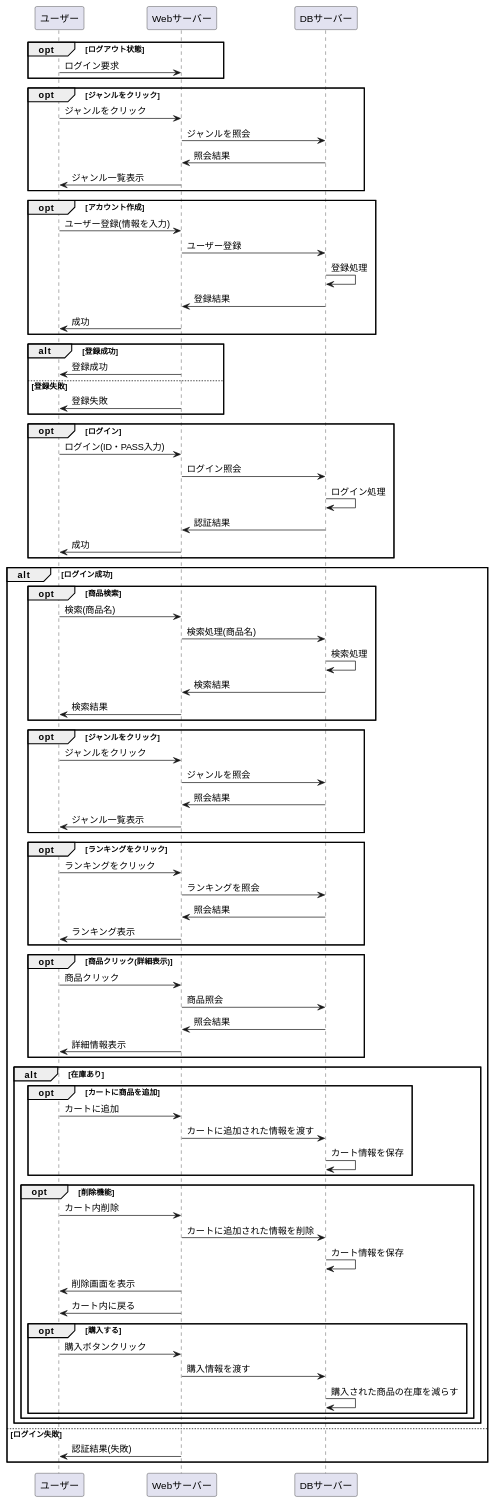
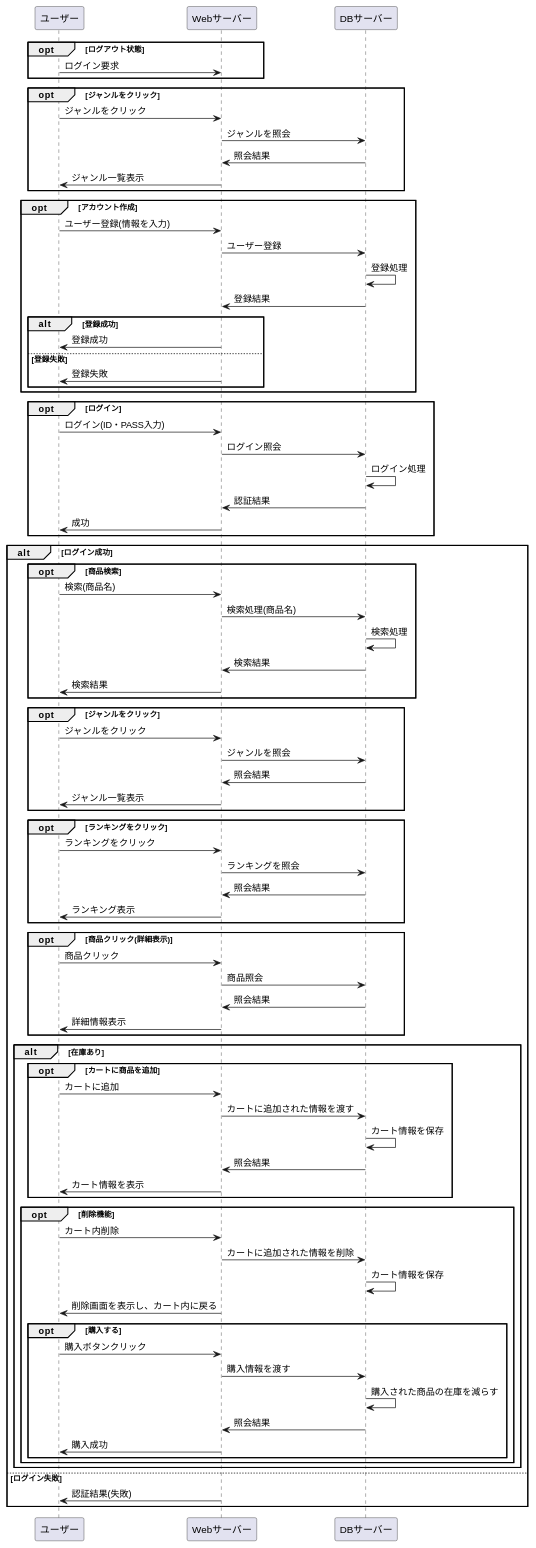
Before and after one commit to Aso2001154/2021sys-design: the diagram in stationary/業務フロー/flow_diagram.md, drawn with PlantUML. The commit also changed other lines of this file, not shown here.

````diff
--- a/stationary/業務フロー/flow_diagram.md
+++ b/stationary/業務フロー/flow_diagram.md
@@ -1,5 +2,6 @@
 ```uml
 @startuml
+
 opt ログアウト状態
 ユーザー -> Webサーバー : ログイン要求
 end
@@ -16,15 +18,14 @@
 Webサーバー -> DBサーバー : ユーザー登録
 DBサーバー -> DBサーバー : 登録処理
 DBサーバー -> Webサーバー : 登録結果
-Webサーバー -> ユーザー : 成功
-end
-
 alt 登録成功
 Webサーバー -> ユーザー : 登録成功
-
 else 登録失敗
 Webサーバー -> ユーザー : 登録失敗
 end
+end
+
+
 
 opt ログイン
 ユーザー -> Webサーバー : ログイン(ID・PASS入力)
@@ -70,26 +71,30 @@
 ユーザー -> Webサーバー : カートに追加
 Webサーバー -> DBサーバー : カートに追加された情報を渡す
 DBサーバー -> DBサーバー : カート情報を保存
+DBサーバー -> Webサーバー : 照会結果
+Webサーバー -> ユーザー : カート情報を表示
 end
 
 opt 削除機能
 ユーザー -> Webサーバー : カート内削除
 Webサーバー -> DBサーバー : カートに追加された情報を削除
 DBサーバー -> DBサーバー : カート情報を保存
-Webサーバー -> ユーザー : 削除画面を表示
-Webサーバー -> ユーザー : カート内に戻る
-
+Webサーバー -> ユーザー : 削除画面を表示し、カート内に戻る
 
 opt 購入する
 ユーザー -> Webサーバー : 購入ボタンクリック
 Webサーバー -> DBサーバー : 購入情報を渡す
 DBサーバー -> DBサーバー : 購入された商品の在庫を減らす
-end 
+DBサーバー -> Webサーバー : 照会結果
+Webサーバー -> ユーザー : 購入成功
 end
 end
+end
+
 
 else ログイン失敗
 Webサーバー -> ユーザー : 認証結果(失敗)
 end
+
 @enduml
 ```
````
